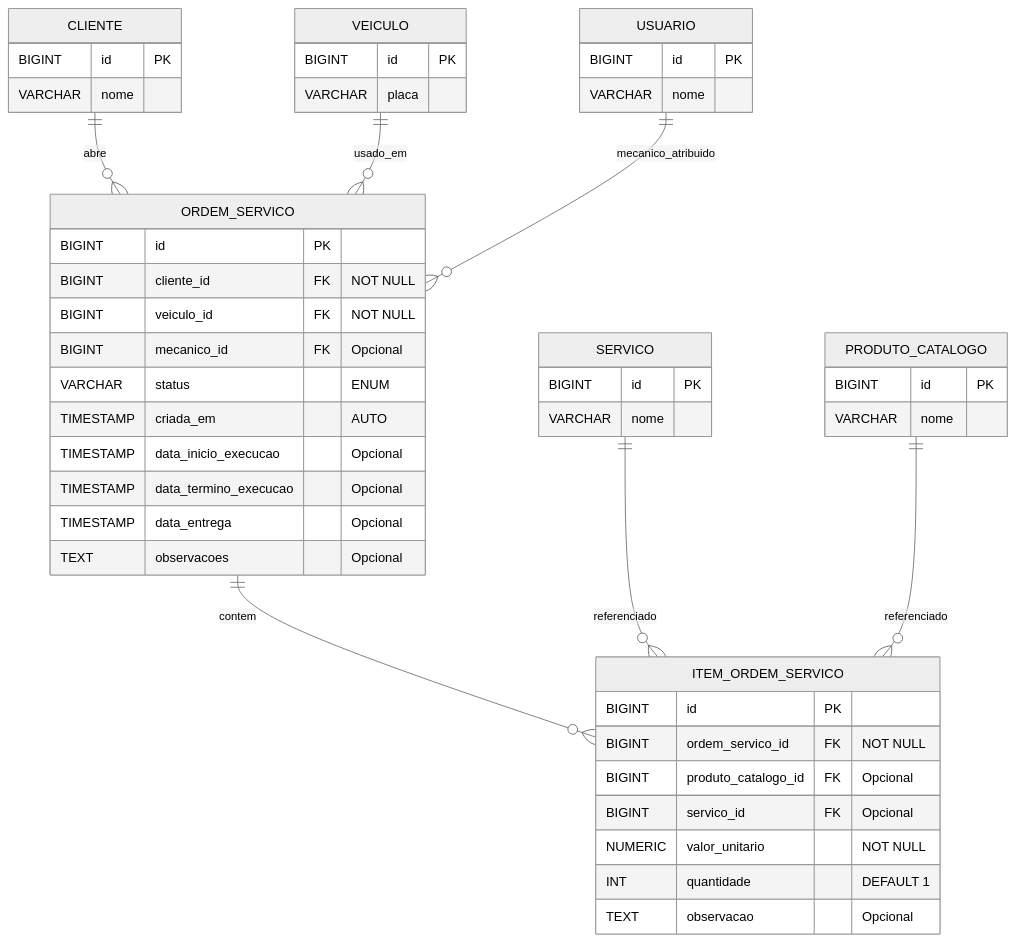
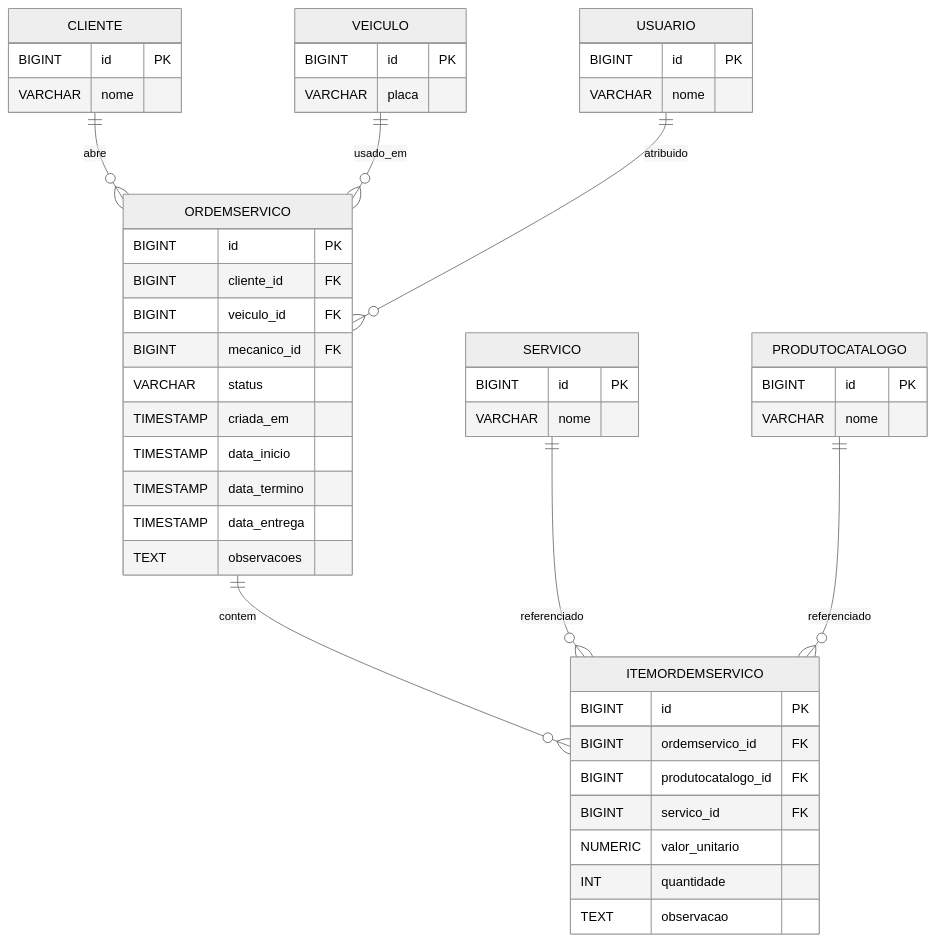
One commit to fiap-soat-grupo36/infra-database changed the sixth of 8 diagrams in docs/diagramas/er-completo.md. Above: the diagram before and after it, drawn with Mermaid (neutral theme). The commit also changed other lines of this file, not shown here.

Commit message:
fix: corrige diagramas ER para compatibilidade com GitHub Mermaid (remove underscores dos nomes)

````diff
--- a/docs/diagramas/er-completo.md
+++ b/docs/diagramas/er-completo.md
@@ -289,57 +323,57 @@
 ```mermaid
 erDiagram
     CLIENTE {
         BIGINT id PK
         VARCHAR nome
     }
 
     VEICULO {
         BIGINT id PK
         VARCHAR placa
     }
 
     USUARIO {
         BIGINT id PK
         VARCHAR nome
     }
 
-    ORDEM_SERVICO {
+    ORDEMSERVICO {
         BIGINT id PK
-        BIGINT cliente_id FK "NOT NULL"
-        BIGINT veiculo_id FK "NOT NULL"
-        BIGINT mecanico_id FK "Opcional"
-        VARCHAR status "ENUM"
-        TIMESTAMP criada_em "AUTO"
-        TIMESTAMP data_inicio_execucao "Opcional"
-        TIMESTAMP data_termino_execucao "Opcional"
-        TIMESTAMP data_entrega "Opcional"
-        TEXT observacoes "Opcional"
+        BIGINT cliente_id FK
+        BIGINT veiculo_id FK
+        BIGINT mecanico_id FK
+        VARCHAR status
+        TIMESTAMP criada_em
+        TIMESTAMP data_inicio
+        TIMESTAMP data_termino
+        TIMESTAMP data_entrega
+        TEXT observacoes
     }
 
-    ITEM_ORDEM_SERVICO {
+    ITEMORDEMSERVICO {
         BIGINT id PK
-        BIGINT ordem_servico_id FK "NOT NULL"
-        BIGINT produto_catalogo_id FK "Opcional"
-        BIGINT servico_id FK "Opcional"
-        NUMERIC valor_unitario "NOT NULL"
-        INT quantidade "DEFAULT 1"
-        TEXT observacao "Opcional"
+        BIGINT ordemservico_id FK
+        BIGINT produtocatalogo_id FK
+        BIGINT servico_id FK
+        NUMERIC valor_unitario
+        INT quantidade
+        TEXT observacao
     }
 
     SERVICO {
         BIGINT id PK
         VARCHAR nome
     }
 
-    PRODUTO_CATALOGO {
+    PRODUTOCATALOGO {
         BIGINT id PK
         VARCHAR nome
     }
 
-    CLIENTE ||--o{ ORDEM_SERVICO : "abre"
-    VEICULO ||--o{ ORDEM_SERVICO : "usado_em"
-    USUARIO ||--o{ ORDEM_SERVICO : "mecanico_atribuido"
-    ORDEM_SERVICO ||--o{ ITEM_ORDEM_SERVICO : "contem"
-    SERVICO ||--o{ ITEM_ORDEM_SERVICO : "referenciado"
-    PRODUTO_CATALOGO ||--o{ ITEM_ORDEM_SERVICO : "referenciado"
+    CLIENTE ||--o{ ORDEMSERVICO : abre
+    VEICULO ||--o{ ORDEMSERVICO : usado_em
+    USUARIO ||--o{ ORDEMSERVICO : atribuido
+    ORDEMSERVICO ||--o{ ITEMORDEMSERVICO : contem
+    SERVICO ||--o{ ITEMORDEMSERVICO : referenciado
+    PRODUTOCATALOGO ||--o{ ITEMORDEMSERVICO : referenciado
 ```
````
